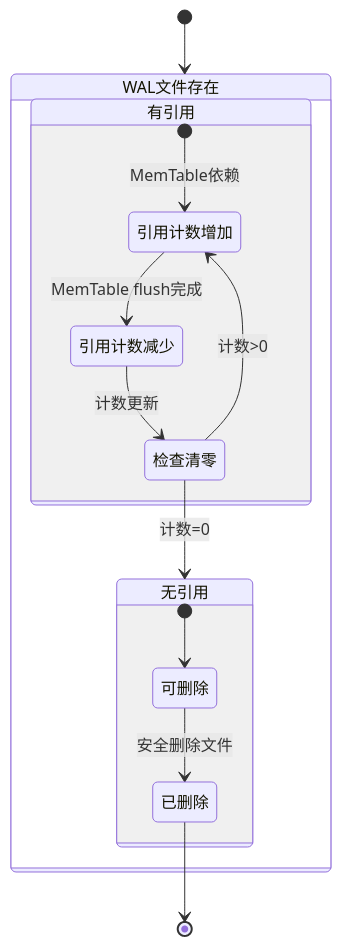
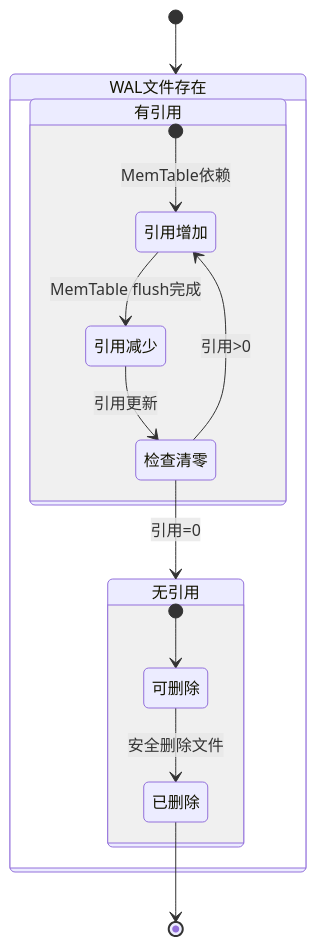
The seventh of 8 diagrams in docs/goatkv/crash_recovery_detailed.md (NewLewis/GoatDB), drawn with Mermaid before and after one commit. The commit also changed other lines of this file and 10 other files, not shown here.

````diff
--- a/docs/goatkv/crash_recovery_detailed.md
+++ b/docs/goatkv/crash_recovery_detailed.md
@@ -304,21 +304,21 @@
 ```mermaid
 stateDiagram-v2
     [*] --> WAL文件存在
     
     state WAL文件存在 {
         state 有引用 {
-            [*] --> 引用计数增加 : MemTable依赖
-            引用计数增加 --> 引用计数减少 : MemTable flush完成
-            引用计数减少 --> 检查清零 : 计数更新
-            检查清零 --> 引用计数增加 : 计数>0
-            检查清零 --> 无引用 : 计数=0
+            [*] --> 引用增加 : MemTable依赖
+            引用增加 --> 引用减少 : MemTable flush完成
+            引用减少 --> 检查清零 : 引用更新
+            检查清零 --> 引用增加 : 引用>0
+            检查清零 --> 无引用 : 引用=0
         }
         
         state 无引用 {
             [*] --> 可删除
             可删除 --> 已删除 : 安全删除文件
         }
     }
     
     已删除 --> [*]
 ```
````
